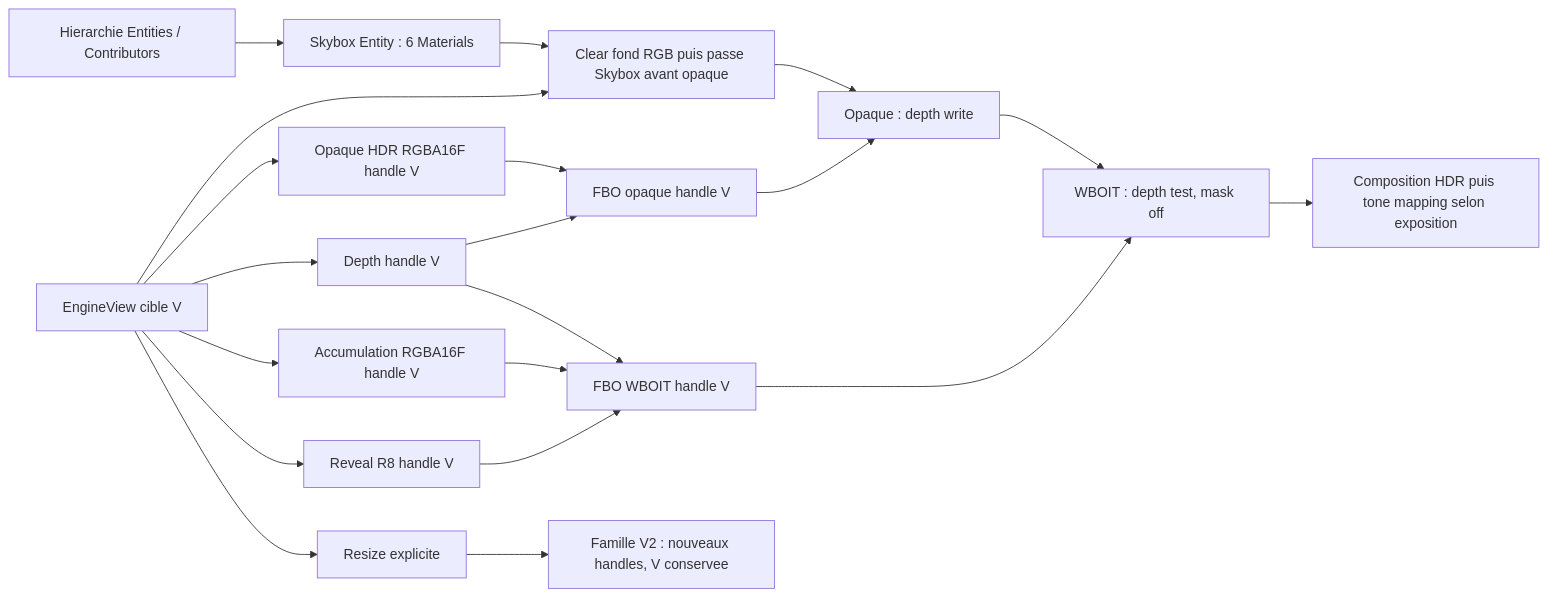
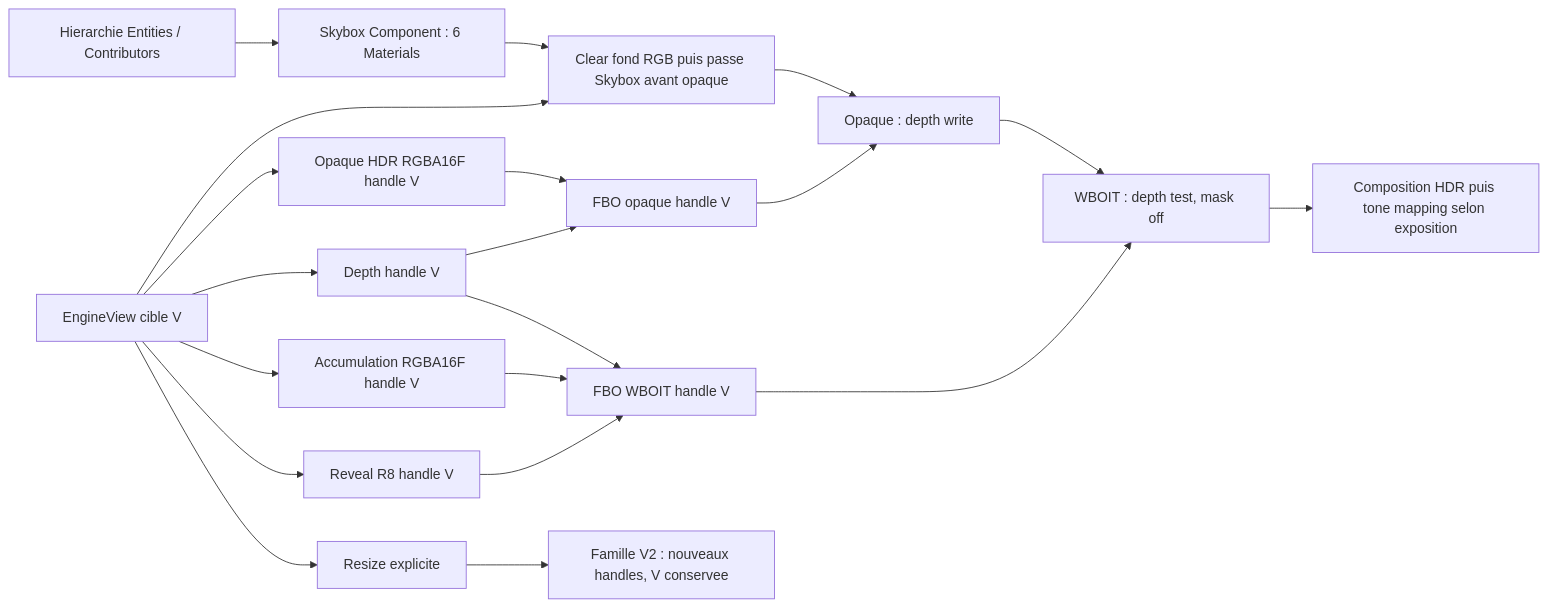
The second of 5 diagrams in docs/voxel-engine-v0.1.4/09-pipeline-gpu-transparence.md (EreliaStudio/Sparkle), drawn with Mermaid before and after one commit. The commit also changed other lines of this file, not shown here.

Commit message:
docs(v0.1.4): align skybox materials and GPU pass with component design

````diff
--- a/docs/voxel-engine-v0.1.4/09-pipeline-gpu-transparence.md
+++ b/docs/voxel-engine-v0.1.4/09-pipeline-gpu-transparence.md
@@ -64,22 +64,22 @@
 ```mermaid
 flowchart LR
   View["EngineView cible V"] --> OpaqueColor["Opaque HDR RGBA16F handle V"]
-  Scene["Hierarchie Entities / Contributors"] --> Skybox["Skybox Entity : 6 Materials"]
+  Scene["Hierarchie Entities / Contributors"] --> Skybox["Skybox Component : 6 Materials"]
   Skybox --> Background
   View --> Background["Clear fond RGB puis passe Skybox avant opaque"]
   Background --> DrawOpaque
   View --> Depth["Depth handle V"]
   View --> Accum["Accumulation RGBA16F handle V"]
   View --> Reveal["Reveal R8 handle V"]
   OpaqueColor --> FBOOpaque["FBO opaque handle V"]
   Depth --> FBOOpaque
   Depth --> FBOWBOIT["FBO WBOIT handle V"]
   Accum --> FBOWBOIT
   Reveal --> FBOWBOIT
   FBOOpaque --> DrawOpaque["Opaque : depth write"]
   DrawOpaque --> DrawWBOIT["WBOIT : depth test, mask off"]
   FBOWBOIT --> DrawWBOIT
   DrawWBOIT --> Compose["Composition HDR puis tone mapping selon exposition"]
   View --> Resize["Resize explicite"]
   Resize --> V2["Famille V2 : nouveaux handles, V conservee"]
 ```
````
